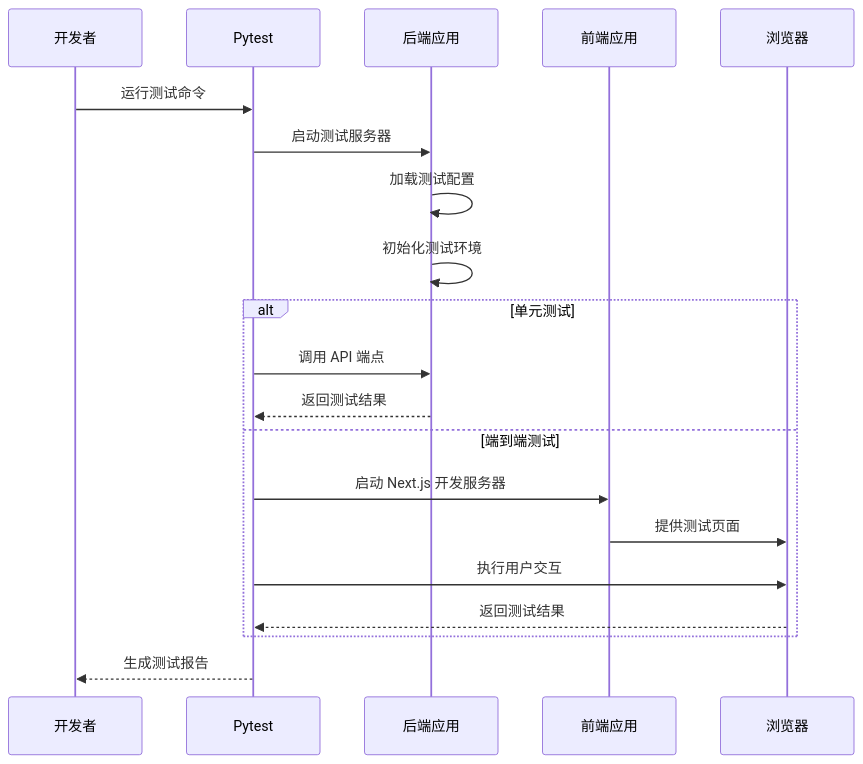
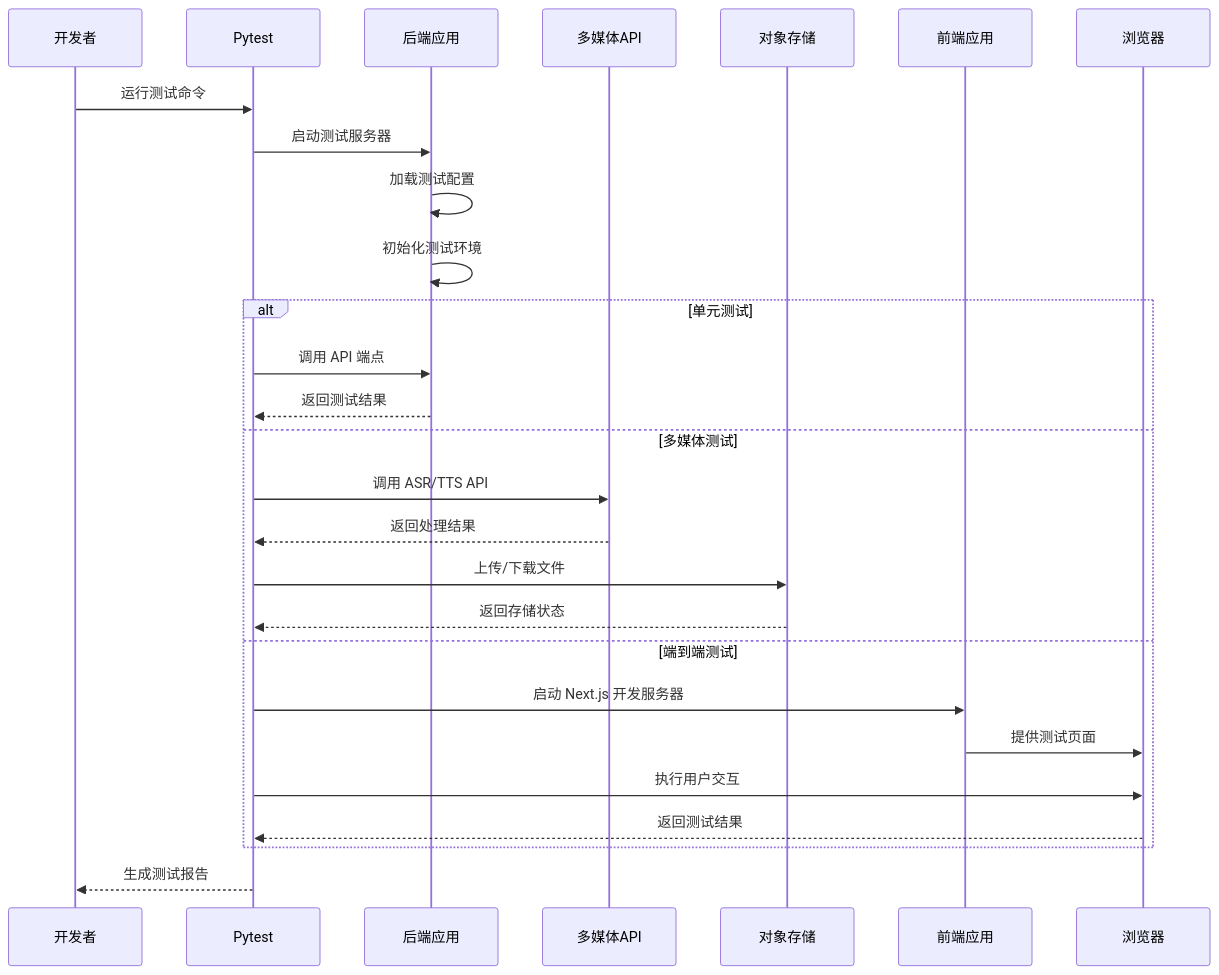
The second of 11 diagrams in .qoder/repowiki/zh/content/开发指南/测试套件文档.md (hbxfhrg/deer-flow), drawn with Mermaid before and after one commit. The commit also changed other lines of this file and 4 other files, not shown here.

````diff
--- a/.qoder/repowiki/zh/content/开发指南/测试套件文档.md
+++ b/.qoder/repowiki/zh/content/开发指南/测试套件文档.md
@@ -104,22 +143,29 @@
 ```mermaid
 sequenceDiagram
 participant Dev as 开发者
 participant PyTest as Pytest
 participant Backend as 后端应用
+participant MediaAPI as 多媒体API
+participant OSS as 对象存储
 participant Frontend as 前端应用
 participant Browser as 浏览器
 Dev->>PyTest : 运行测试命令
 PyTest->>Backend : 启动测试服务器
 Backend->>Backend : 加载测试配置
 Backend->>Backend : 初始化测试环境
 alt 单元测试
 PyTest->>Backend : 调用 API 端点
 Backend-->>PyTest : 返回测试结果
+else 多媒体测试
+PyTest->>MediaAPI : 调用 ASR/TTS API
+MediaAPI-->>PyTest : 返回处理结果
+PyTest->>OSS : 上传/下载文件
+OSS-->>PyTest : 返回存储状态
 else 端到端测试
 PyTest->>Frontend : 启动 Next.js 开发服务器
 Frontend->>Browser : 提供测试页面
 PyTest->>Browser : 执行用户交互
 Browser-->>PyTest : 返回测试结果
 end
 PyTest-->>Dev : 生成测试报告
 ```
````
